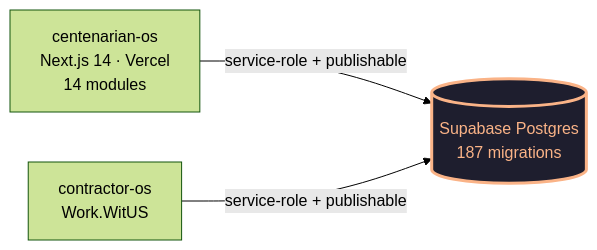
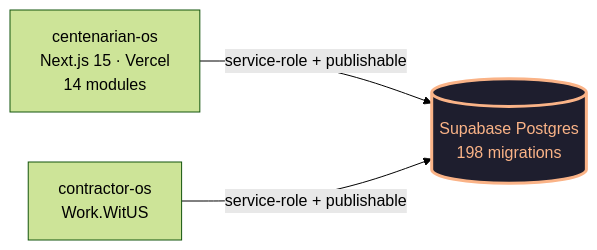
The diagram in README.md (dapperAuteur/centenarian-os), drawn with Mermaid (forest theme) before and after one commit. The commit also changed other lines of this file and 2 other files, not shown here.

````diff
--- a/README.md
+++ b/README.md
@@ -5,12 +18,12 @@
 ```mermaid
 flowchart LR
   classDef shared fill:#1e1e2e,stroke:#fab387,color:#fab387,stroke-width:3px
   classDef external fill:#11111b,stroke:#a6adc8,color:#a6adc8
 
-  CentOS[centenarian-os<br/>Next.js 14 · Vercel<br/>14 modules]
+  CentOS[centenarian-os<br/>Next.js 15 · Vercel<br/>14 modules]
   Contractor[contractor-os<br/>Work.WitUS]
-  DB[(Supabase Postgres<br/>187 migrations)]:::shared
+  DB[(Supabase Postgres<br/>198 migrations)]:::shared
 
   CentOS -->|service-role + publishable| DB
   Contractor -->|service-role + publishable| DB
 ```
````
